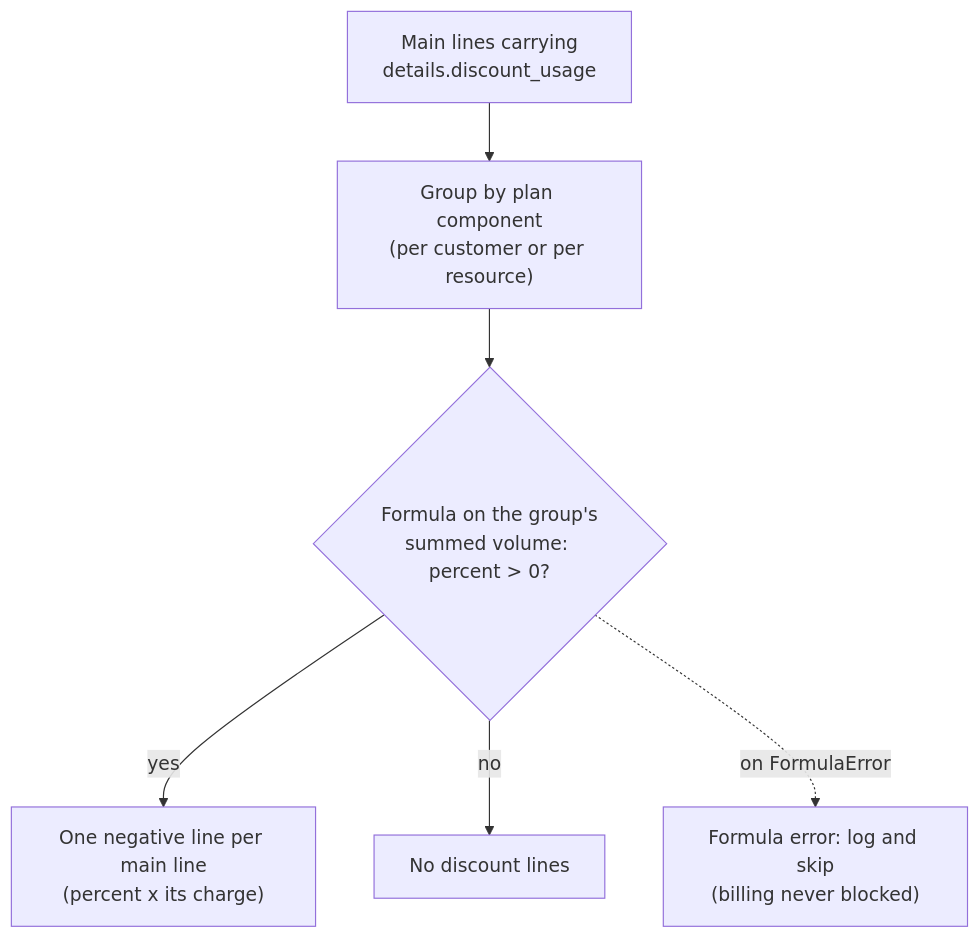
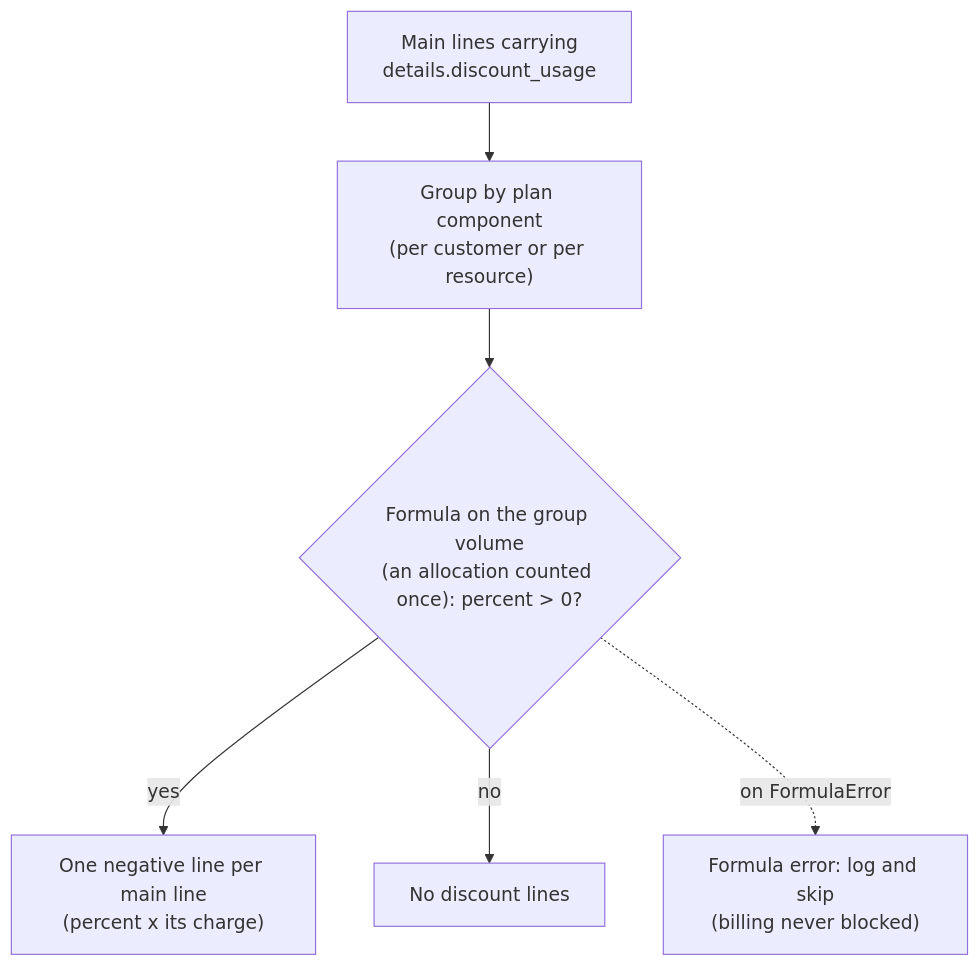
Before and after one commit to waldur/waldur-mastermind: the second of 2 diagrams in docs/component-discounts.md, drawn with Mermaid. The commit also changed other lines of this file and 10 other files, not shown here.

````diff
--- a/docs/component-discounts.md
+++ b/docs/component-discounts.md
@@ -79,14 +80,14 @@
 ```mermaid
 flowchart TB
     ITEMS["Main lines carrying<br/>details.discount_usage"]
     GROUP["Group by plan component<br/>(per customer or per resource)"]
-    EVAL{"Formula on the group's<br/>summed volume: percent > 0?"}
+    EVAL{"Formula on the group volume<br/>(an allocation counted once): percent > 0?"}
     LINES["One negative line per main line<br/>(percent x its charge)"]
     NONE["No discount lines"]
     ERR["Formula error: log and skip<br/>(billing never blocked)"]
 
     ITEMS --> GROUP --> EVAL
     EVAL -->|yes| LINES
     EVAL -->|no| NONE
     EVAL -.->|on FormulaError| ERR
 ```
````
